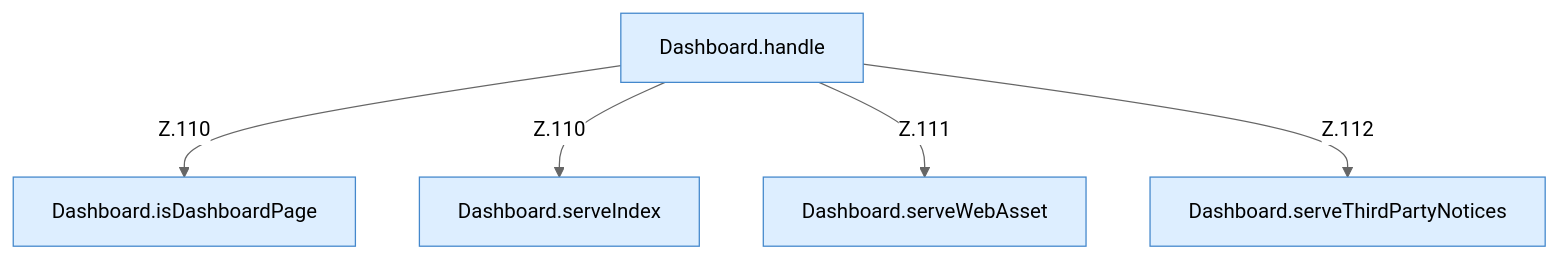
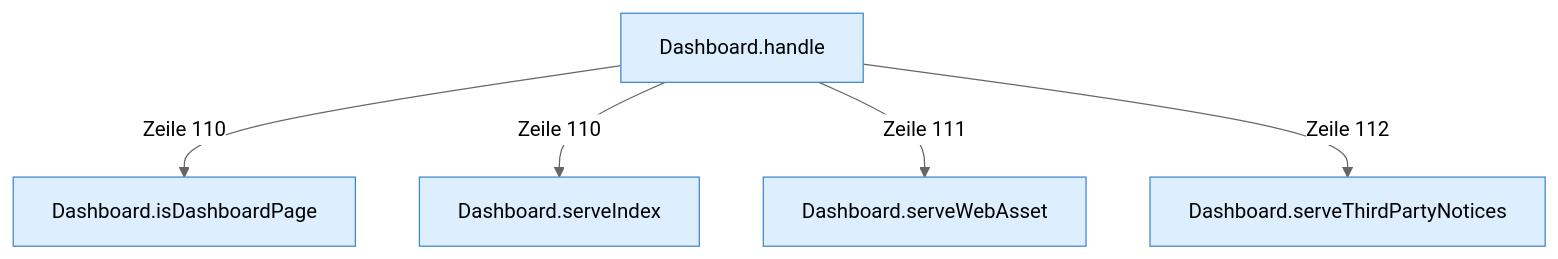
The diagram in HTTP-Routing.md (PrinceDiamant/minecraft-serverhoster-plugin), drawn with Mermaid (neutral theme) before and after one commit. The commit also changed other lines of this file and 2005 other files, not shown here.

````diff
--- a/HTTP-Routing.md
+++ b/HTTP-Routing.md
@@ -5,14 +5,14 @@
 ```mermaid
 flowchart TD
   n1["Dashboard.handle"]:::internal-link
   n2["Dashboard.isDashboardPage"]:::internal-link
   n3["Dashboard.serveIndex"]:::internal-link
   n4["Dashboard.serveWebAsset"]:::internal-link
   n5["Dashboard.serveThirdPartyNotices"]:::internal-link
-  n1 -->|"Z.110"| n2
-  n1 -->|"Z.110"| n3
-  n1 -->|"Z.111"| n4
-  n1 -->|"Z.112"| n5
+  n1 -->|"Zeile 110"| n2
+  n1 -->|"Zeile 110"| n3
+  n1 -->|"Zeile 111"| n4
+  n1 -->|"Zeile 112"| n5
   classDef internal-link fill:#ddeeff,stroke:#4488cc
   classDef befund fill:#f88
 ```
````
